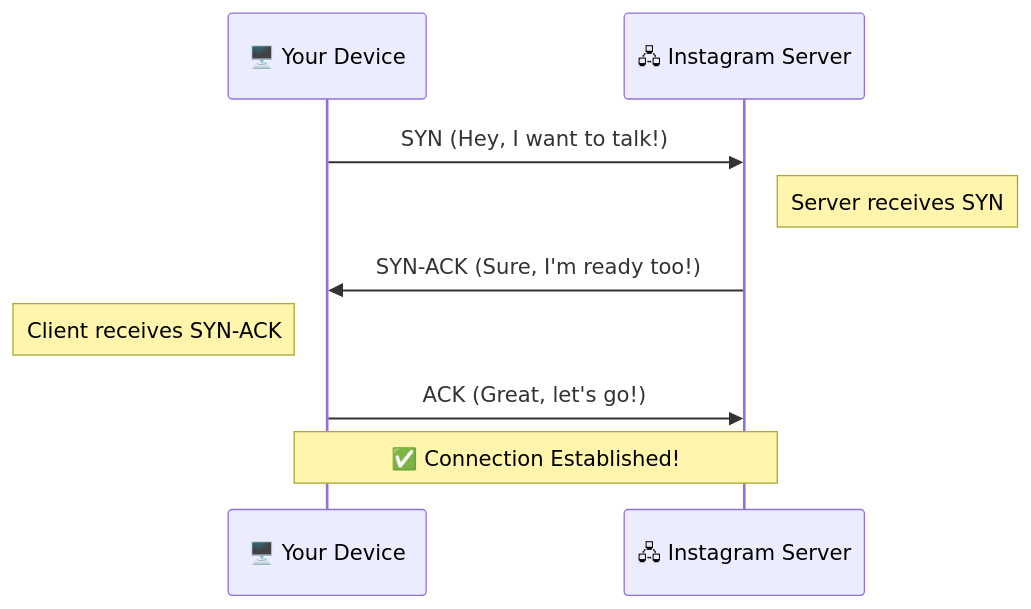
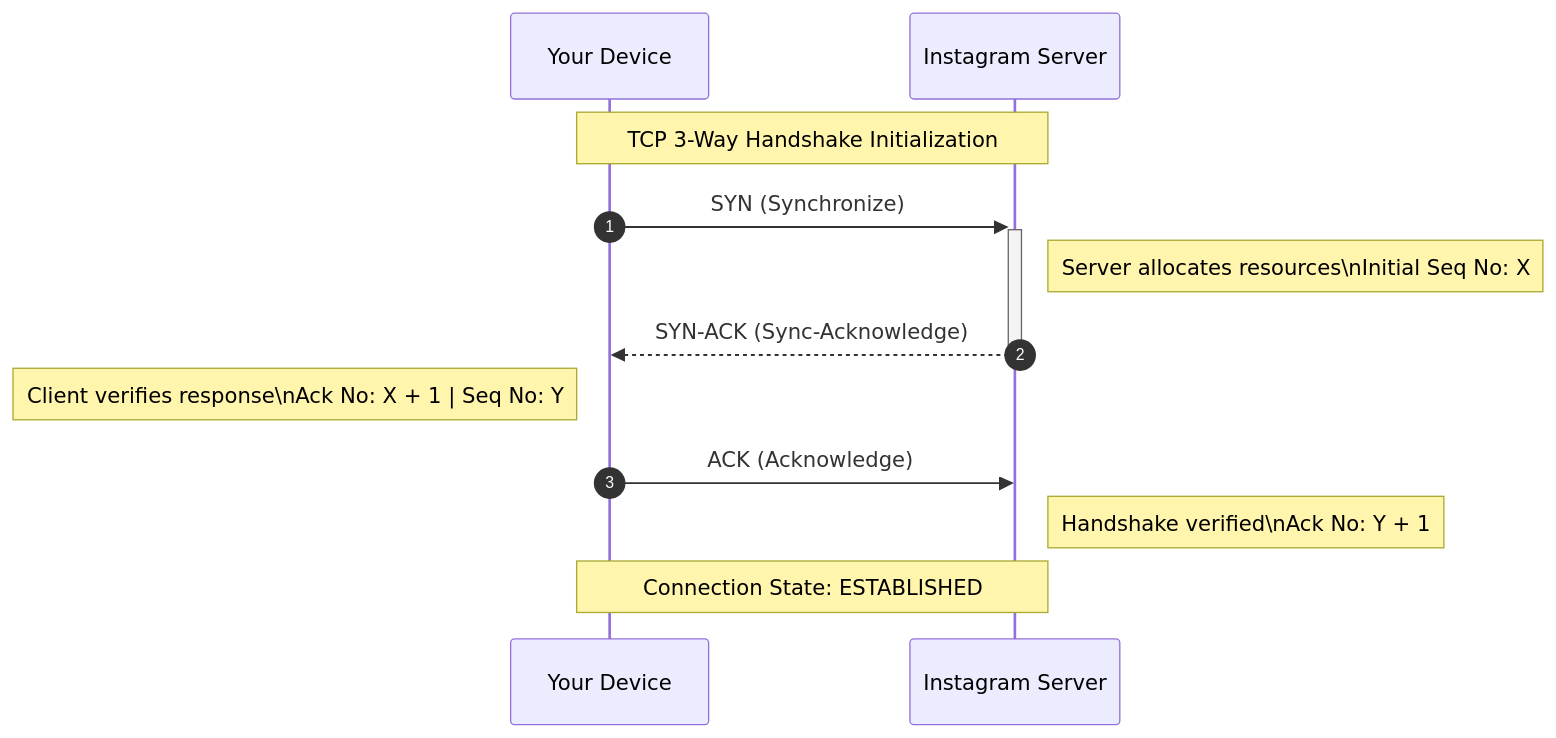
One commit to HarshitN87/Sriniously_backend_notes changed the second of 6 diagrams in 01_How_Requests_Travel.md. Above: the diagram before and after it, drawn with Mermaid. The commit also changed other lines of this file and 8 other files, not shown here.

````diff
--- a/01_How_Requests_Travel.md
+++ b/01_How_Requests_Travel.md
@@ -87,12 +134,20 @@
 ```mermaid
 sequenceDiagram
-    participant C as 🖥️ Your Device
-    participant S as 🖧 Instagram Server
+    autonumber
 
-    C->>S: SYN (Hey, I want to talk!)
-    Note right of S: Server receives SYN
-    S->>C: SYN-ACK (Sure, I'm ready too!)
-    Note left of C: Client receives SYN-ACK
-    C->>S: ACK (Great, let's go!)
-    Note over C,S: ✅ Connection Established!
+    participant C as Your Device
+    participant S as Instagram Server
+
+    Note over C, S: TCP 3-Way Handshake Initialization
+
+    C->>+S: SYN (Synchronize)
+    Note right of S: Server allocates resources\nInitial Seq No: X
+
+    S-->>-C: SYN-ACK (Sync-Acknowledge)
+    Note left of C: Client verifies response\nAck No: X + 1 | Seq No: Y
+
+    C->>S: ACK (Acknowledge)
+    Note right of S: Handshake verified\nAck No: Y + 1
+
+    Note over C, S: Connection State: ESTABLISHED
 ```
````
